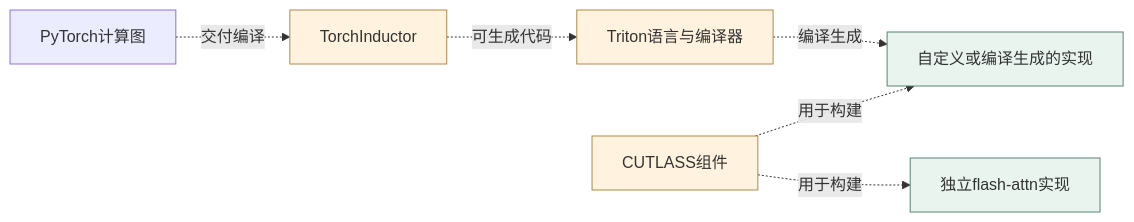
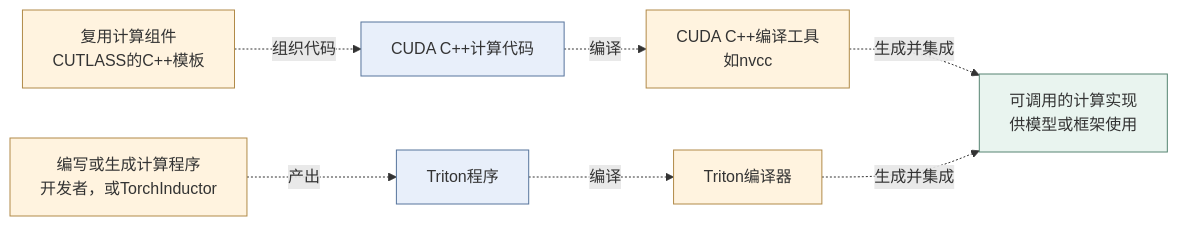
Before and after one commit to Jichao0101/Knowledge-Base: the second of 2 diagrams in 02_Projects/AI-Career-Transition/10_学习文档/P02A-00_模型软件栈与框架分工_学习文档.md, drawn with Mermaid. The commit also changed other lines of this file and 1 other file, not shown here.

````diff
--- a/02_Projects/AI-Career-Transition/10_学习文档/P02A-00_模型软件栈与框架分工_学习文档.md
+++ b/02_Projects/AI-Career-Transition/10_学习文档/P02A-00_模型软件栈与框架分工_学习文档.md
@@ -74,12 +73,16 @@
 ```mermaid
+%%{init: {"flowchart": {"wrappingWidth": 240}, "look": "classic"}}%%
 flowchart LR
-    PG[PyTorch计算图] -.->|交付编译| IN[TorchInductor]
-    IN -.->|可生成代码| T[Triton语言与编译器]
-    T -.->|编译生成| X[自定义或编译生成的实现]
-    CT[CUTLASS组件] -.->|用于构建| X
-    CT -.->|用于构建| F[独立flash-attn实现]
+    CT[复用计算组件<br/>CUTLASS的C++模板] -.->|组织代码| C[CUDA C++计算代码]
+    C -.->|编译| NV[CUDA C++编译工具<br/>如nvcc]
+    TP[编写或生成计算程序<br/>开发者，或TorchInductor] -.->|产出| T[Triton程序]
+    T -.->|编译| TC[Triton编译器]
+    NV -.->|生成并集成| I[可调用的计算实现<br/>供模型或框架使用]
+    TC -.->|生成并集成| I
+    classDef artifact fill:#e8effa,stroke:#56749c
     classDef tool fill:#fff3df,stroke:#b18a48
     classDef impl fill:#e9f4ef,stroke:#568472
-    class IN,T,CT tool
-    class X,F impl
+    class C,T artifact
+    class CT,TP,NV,TC tool
+    class I impl
 ```
````
